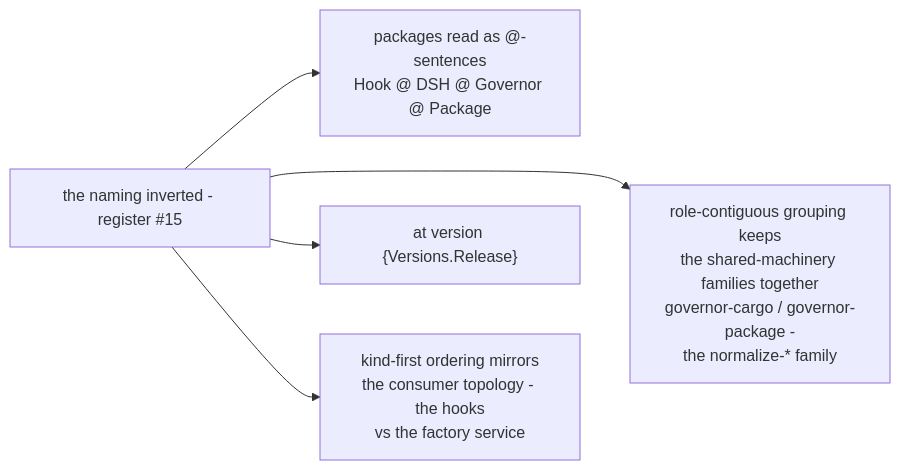
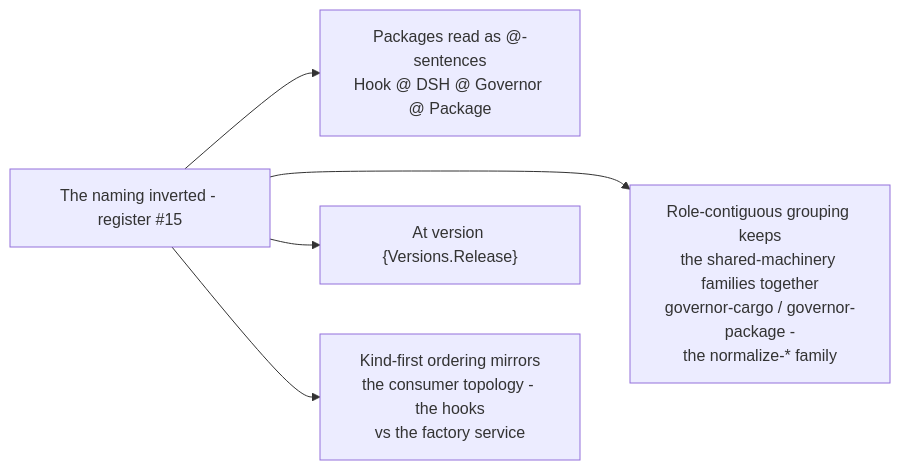
One commit to PlayForm/Site-DeepSeek changed the diagram in Source/Content/Mermaid/case-p6-naming.mmd. Above: the diagram before and after it, drawn with Mermaid. The commit also changed 341 other files, not shown here.

```diff
--- a/Source/Content/Mermaid/case-p6-naming.mmd
+++ b/Source/Content/Mermaid/case-p6-naming.mmd
@@ -1,11 +1,11 @@
 flowchart LR
-	NAMING["the naming inverted - register #15"]
-	SENTENCE["packages read as @-sentences<br/>Hook @ DSH @ Governor @ Package"]
-	KIND["kind-first ordering mirrors<br/>the consumer topology - the hooks<br/>vs the factory service"]
-	ROLE["role-contiguous grouping keeps<br/>the shared-machinery families together<br/>governor-cargo / governor-package -<br/>the normalize-* family"]
-	V["at version {Versions.Release}"]
+	NAMING["The naming inverted - register #15"]
+	SENTENCE["Packages read as @-sentences<br/>Hook @ DSH @ Governor @ Package"]
+	KIND["Kind-first ordering mirrors<br/>the consumer topology - the hooks<br/>vs the factory service"]
+	ROLE["Role-contiguous grouping keeps<br/>the shared-machinery families together<br/>governor-cargo / governor-package -<br/>the normalize-* family"]
+	V["At version {Versions.Release}"]
 	NAMING --> SENTENCE
 	NAMING --> KIND
 	NAMING --> ROLE
 	NAMING --> V
 	KIND ~~~ ROLE
```
